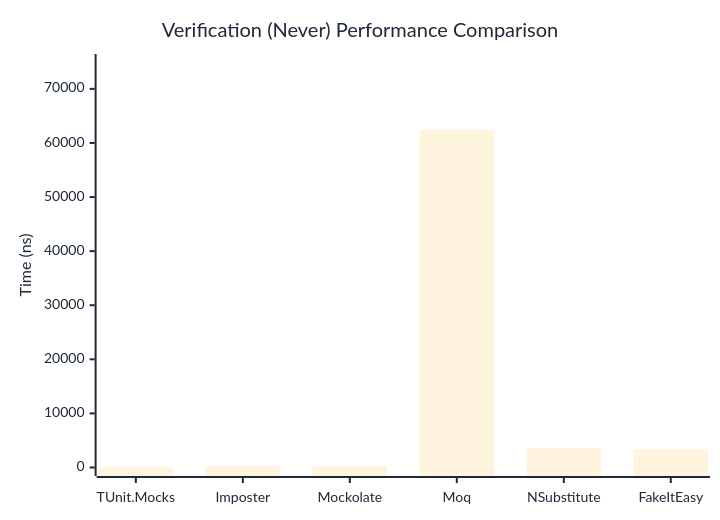
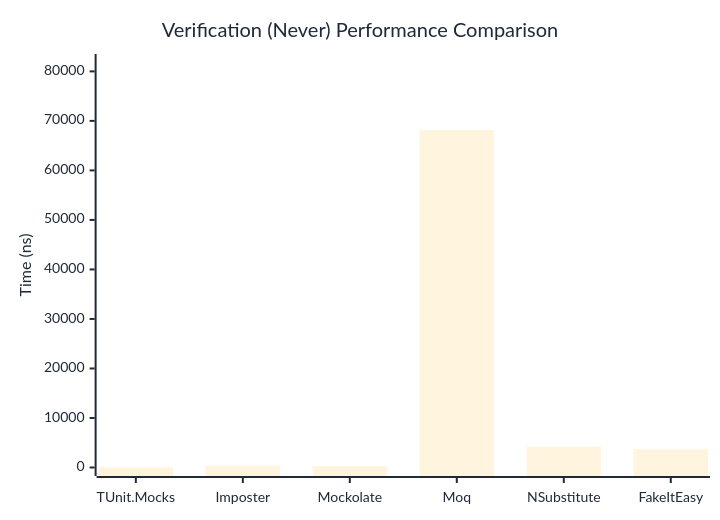
One commit to thomhurst/TUnit changed the second of 3 diagrams in docs/docs/benchmarks/mocks/Verification.md. Above: the diagram before and after it, drawn with Mermaid. The commit also changed other lines of this file and 14 other files, not shown here.

````diff
--- a/docs/docs/benchmarks/mocks/Verification.md
+++ b/docs/docs/benchmarks/mocks/Verification.md
@@ -71,27 +71,27 @@
 ```mermaid
 %%{init: {
   'theme':'base',
   'themeVariables': {
     'primaryColor': '#2563eb',
     'primaryTextColor': '#1f2937',
     'primaryBorderColor': '#1e40af',
     'lineColor': '#6b7280',
     'secondaryColor': '#7c3aed',
     'tertiaryColor': '#dc2626',
     'background': '#ffffff',
     'pie1': '#2563eb',
     'pie2': '#7c3aed',
     'pie3': '#dc2626',
     'pie4': '#f59e0b',
     'pie5': '#10b981',
     'pie6': '#06b6d4',
     'pie7': '#ec4899',
     'pie8': '#6366f1'
   }
 }}%%
 xychart-beta
   title "Verification (Never) Performance Comparison"
   x-axis ["TUnit.Mocks", "Imposter", "Mockolate", "Moq", "NSubstitute", "FakeItEasy"]
-  y-axis "Time (ns)" 0 --> 74875
-  bar [56.37, 332.65, 249.9, 62395.28, 3608.01, 3358.47]
+  y-axis "Time (ns)" 0 --> 81793
+  bar [64.53, 376.67, 278.98, 68160.06, 4178.41, 3691.91]
 ```
````
